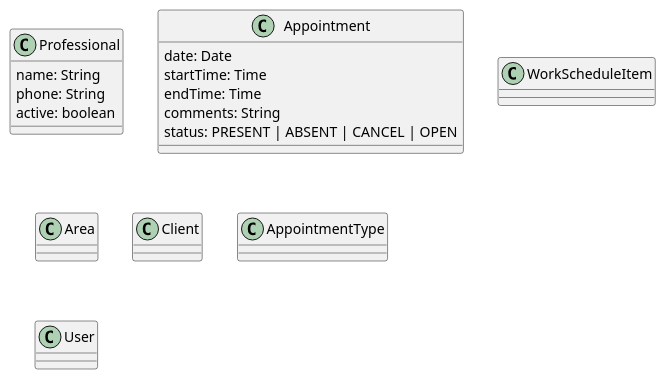
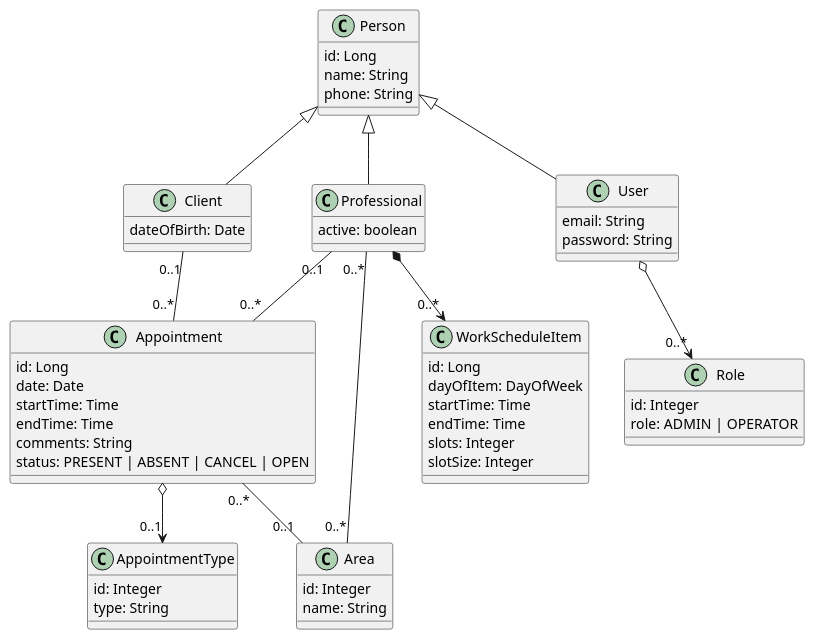
The diagram in docs/model.puml (MichaelDouglasLima/appointment-conception), drawn with PlantUML before and after one commit. The commit also changed 2 other files, not shown here.

Commit message:
closes #2 - Model Diagram

```diff
--- a/docs/model.puml
+++ b/docs/model.puml
@@ -1,36 +1,71 @@
-@startuml "Model"
+@startuml "model"
     class Professional {
-        name: String
-        phone: String
-        active: boolean
+      active: boolean
     }
 
     class Appointment {
+      id: Long
         date: Date
         startTime: Time
         endTime: Time
         comments: String
         status: PRESENT | ABSENT | CANCEL | OPEN
     }
 
-    class WorkScheduleItem {
-
-    }
-
     class Area {
-
+      id: Integer
+      name: String
     }
 
     class Client {
-
+      dateOfBirth: Date
     }
 
     class AppointmentType {
-
+      id: Integer
+      type: String
     }
 
     class User {
-
+      email: String
+      password: String
     }
 
+    class WorkScheduleItem {
+      id: Long
+      dayOfItem: DayOfWeek
+      startTime: Time
+      endTime: Time
+      slots: Integer
+      slotSize: Integer
+    }
+
+    class Person {
+      id: Long
+      name: String
+      phone: String
+    }
+
+    class Role {
+      id: Integer
+      role: ADMIN | OPERATOR
+    }
+
+'Herança
+Person <|-- Client
+Person <|-- Professional
+Person <|-- User
+
+'Associação: ---
+'Agragação: o--
+'Composição: *--
+
+Professional "0..*" -d-   "0..*" Area
+Professional        *-->  "0..*" WorkScheduleItem
+Appointment         o-->  "0..1" AppointmentType
+Appointment "0..*"  -u-   "0..1" Client
+Appointment "0..*"  -u-   "0..1" Professional
+Appointment "0..*"  -d-   "0..1" Area
+User                o-->  "0..*" Role
+
 @enduml
```
